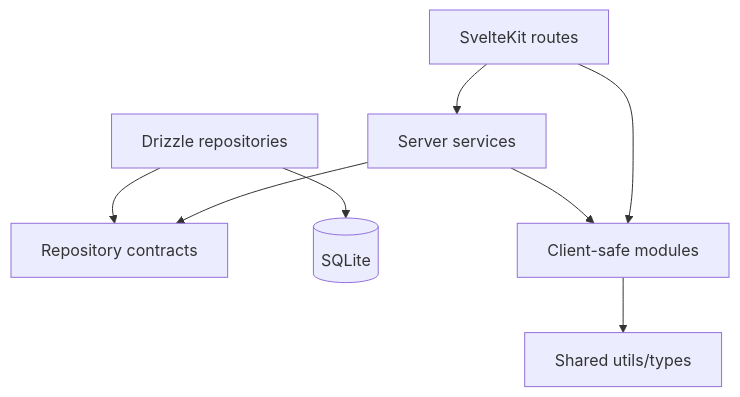
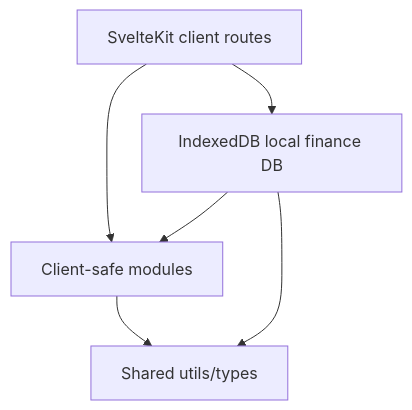
Before and after one commit to DanielPenaGarcia/Wallet: the diagram in docs/architecture.md, drawn with Mermaid. The commit also changed other lines of this file and 45 other files, not shown here.

````diff
--- a/docs/architecture.md
+++ b/docs/architecture.md
@@ -49,18 +104,13 @@
 ```mermaid
 flowchart TD
-    Routes[SvelteKit routes]
-    ServerServices[Server services]
-    Repositories[Repository contracts]
-    DrizzleRepositories[Drizzle repositories]
-    Database[(SQLite)]
+    Routes[SvelteKit client routes]
+    LocalDb[IndexedDB local finance DB]
     ClientModules[Client-safe modules]
     Shared[Shared utils/types]
 
-    Routes --> ServerServices
+    Routes --> LocalDb
     Routes --> ClientModules
     ClientModules --> Shared
-    ServerServices --> Repositories
-    ServerServices --> ClientModules
-    DrizzleRepositories --> Repositories
-    DrizzleRepositories --> Database
+    LocalDb --> ClientModules
+    LocalDb --> Shared
 ```
````
